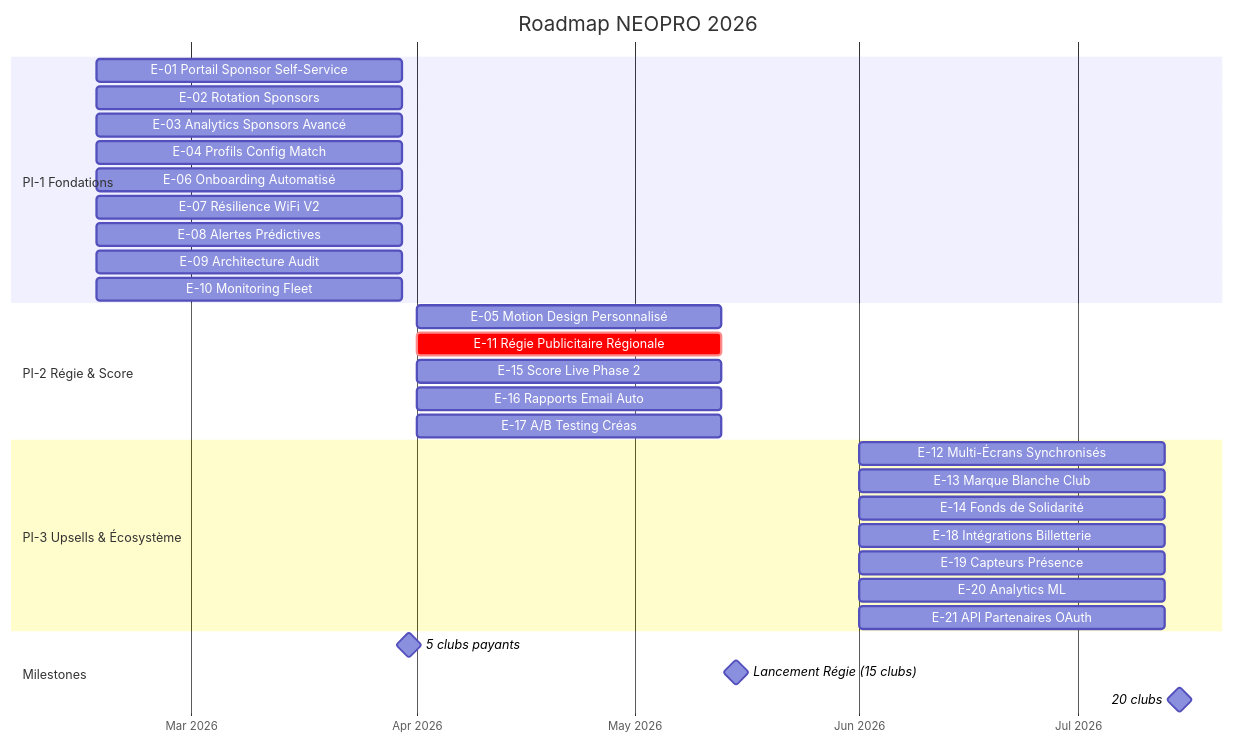
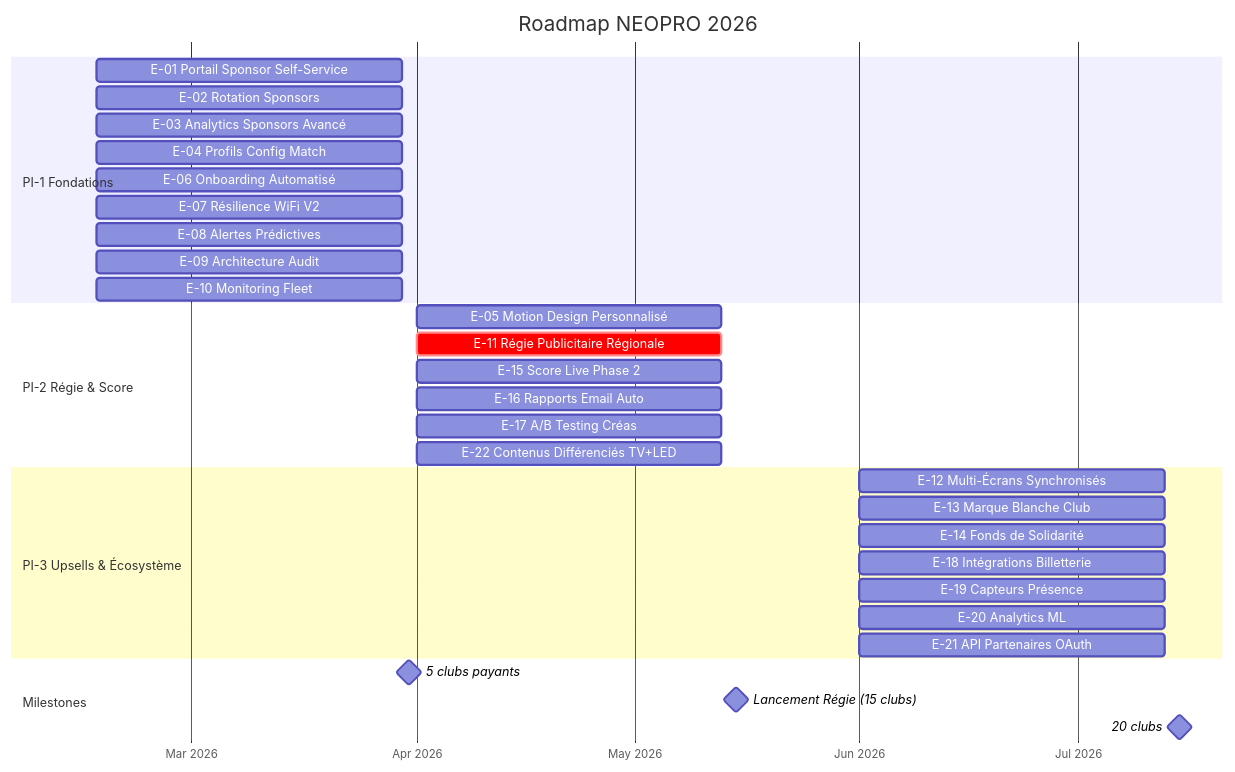
One commit to Tallec7/madxp changed the second of 4 diagrams in docs/safe/PORTFOLIO.md. Above: the diagram before and after it, drawn with Mermaid. The commit also changed other lines of this file and 10 other files, not shown here.

First line of the commit message:
feat(safe): E-22 Contenus Différenciés TV + LED — epic, LBC, features, US

````diff
--- a/docs/safe/PORTFOLIO.md
+++ b/docs/safe/PORTFOLIO.md
@@ -55,38 +55,39 @@
 ```mermaid
 gantt
     title Roadmap NEOPRO 2026
     dateFormat YYYY-MM-DD
     axisFormat %b %Y
 
     section PI-1 Fondations
     E-01 Portail Sponsor Self-Service   :e01, 2026-02-16, 42d
     E-02 Rotation Sponsors              :e02, 2026-02-16, 42d
     E-03 Analytics Sponsors Avancé      :e03, 2026-02-16, 42d
     E-04 Profils Config Match           :e04, 2026-02-16, 42d
     E-06 Onboarding Automatisé          :e06, 2026-02-16, 42d
     E-07 Résilience WiFi V2             :e07, 2026-02-16, 42d
     E-08 Alertes Prédictives            :e08, 2026-02-16, 42d
     E-09 Architecture Audit             :e09, 2026-02-16, 42d
     E-10 Monitoring Fleet               :e10, 2026-02-16, 42d
 
     section PI-2 Régie & Score
     E-05 Motion Design Personnalisé     :e05, 2026-04-01, 42d
     E-11 Régie Publicitaire Régionale  :crit, e11, 2026-04-01, 42d
     E-15 Score Live Phase 2             :e15, 2026-04-01, 42d
     E-16 Rapports Email Auto            :e16, 2026-04-01, 42d
     E-17 A/B Testing Créas              :e17, 2026-04-01, 42d
+    E-22 Contenus Différenciés TV+LED  :e22, 2026-04-01, 42d
 
     section PI-3 Upsells & Écosystème
     E-12 Multi-Écrans Synchronisés      :e12, 2026-06-01, 42d
     E-13 Marque Blanche Club            :e13, 2026-06-01, 42d
     E-14 Fonds de Solidarité            :e14, 2026-06-01, 42d
     E-18 Intégrations Billetterie       :e18, 2026-06-01, 42d
     E-19 Capteurs Présence              :e19, 2026-06-01, 42d
     E-20 Analytics ML                   :e20, 2026-06-01, 42d
     E-21 API Partenaires OAuth          :e21, 2026-06-01, 42d
 
     section Milestones
     5 clubs payants                     :milestone, m1, 2026-03-31, 0d
     Lancement Régie (15 clubs)          :milestone, m2, 2026-05-15, 0d
     20 clubs                            :milestone, m3, 2026-07-15, 0d
 ```
````
